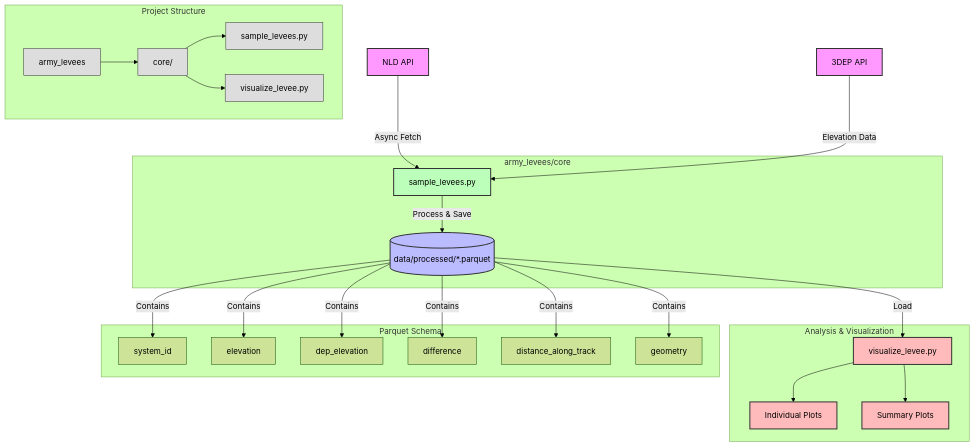
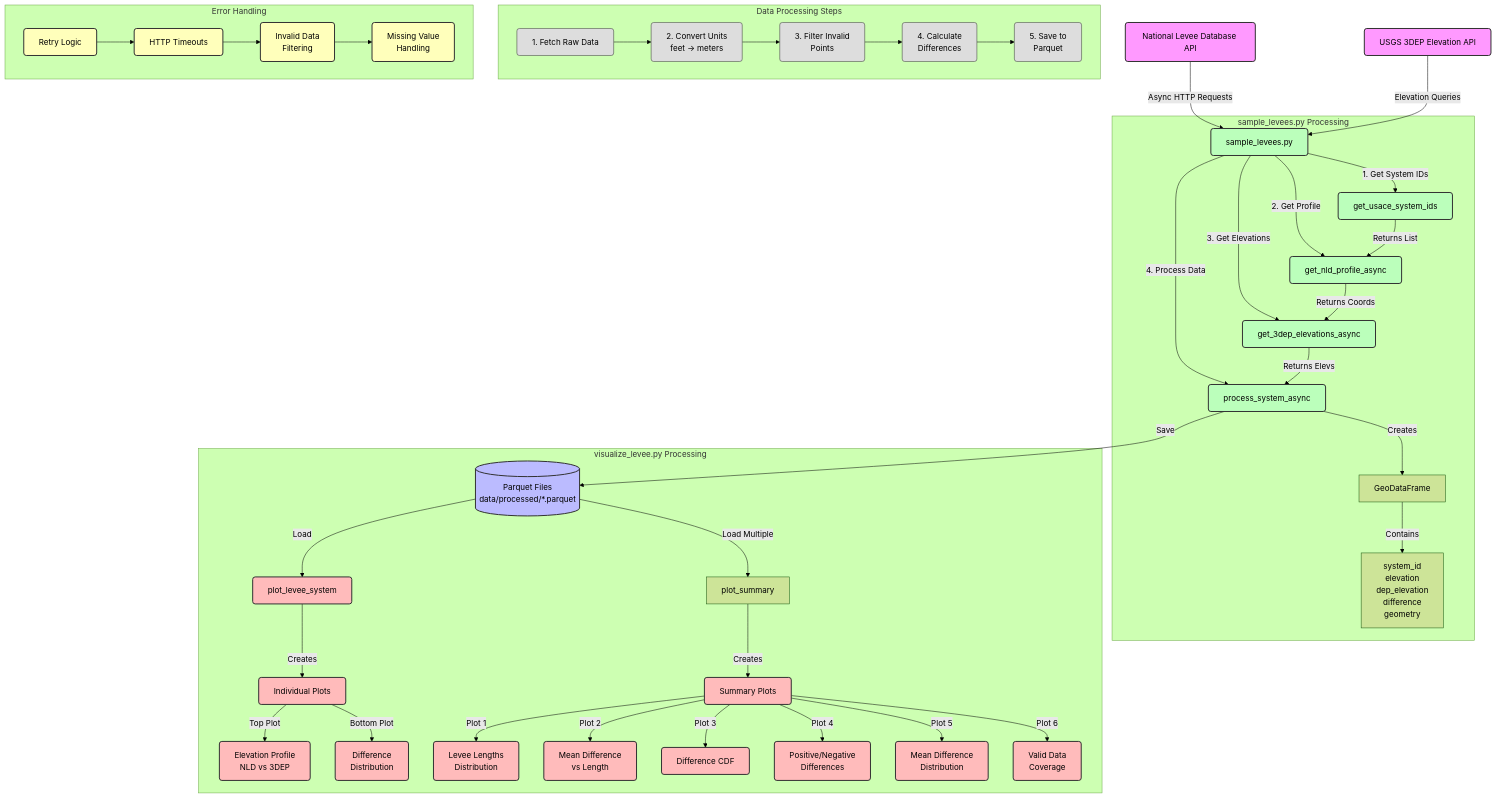
One commit to jameshgrn/army_levees changed the diagram in README.md. Above: the diagram before and after it, drawn with Mermaid (forest theme).

Commit message:
docs: update system architecture diagram

````diff
--- a/README.md
+++ b/README.md
@@ -14,49 +14,74 @@
 ```mermaid
 graph TD
-    %% Data Sources & API Handling
-    A[NLD API] -->|Async Fetch| B[sample_levees.py]
-    D[3DEP API] -->|Elevation Data| B
+    %% Data Sources
+    A[National Levee Database API] -->|Async HTTP Requests| B[sample_levees.py]
+    D[USGS 3DEP Elevation API] -->|Elevation Queries| B
 
-    %% Core Processing Pipeline
-    subgraph Core Processing [army_levees/core]
-        B -->|Process & Save| I[(data/processed/*.parquet)]
+    %% Core Processing Details
+    subgraph "sample_levees.py Processing"
+        B -->|1. Get System IDs| E[get_usace_system_ids]
+        B -->|2. Get Profile| F[get_nld_profile_async]
+        B -->|3. Get Elevations| G[get_3dep_elevations_async]
+        B -->|4. Process Data| H[process_system_async]
+
+        E -->|Returns List| F
+        F -->|Returns Coords| G
+        G -->|Returns Elevs| H
+
+        H -->|Creates| H1[GeoDataFrame]
+        H1 -->|Contains| H2[system_id<br/>elevation<br/>dep_elevation<br/>difference<br/>geometry]
     end
 
-    %% Analysis & Visualization
-    subgraph Analysis & Visualization
-        I -->|Load| J[visualize_levee.py]
-        J --> K[Individual Plots]
-        J --> L[Summary Plots]
+    %% Data Storage
+    H -->|Save| I[(Parquet Files<br/>data/processed/*.parquet)]
+
+    %% Visualization Pipeline
+    subgraph "visualize_levee.py Processing"
+        I -->|Load| J[plot_levee_system]
+        I -->|Load Multiple| S[plot_summary]
+
+        J -->|Creates| K[Individual Plots]
+        K -->|Top Plot| K1[Elevation Profile<br/>NLD vs 3DEP]
+        K -->|Bottom Plot| K2[Difference<br/>Distribution]
+
+        S -->|Creates| L[Summary Plots]
+        L -->|Plot 1| L1[Levee Lengths<br/>Distribution]
+        L -->|Plot 2| L2[Mean Difference<br/>vs Length]
+        L -->|Plot 3| L3[Difference CDF]
+        L -->|Plot 4| L4[Positive/Negative<br/>Differences]
+        L -->|Plot 5| L5[Mean Difference<br/>Distribution]
+        L -->|Plot 6| L6[Valid Data<br/>Coverage]
     end
 
-    %% Data Schema
-    subgraph Parquet Schema
-        I --> |Contains| M[system_id]
-        I --> |Contains| N[elevation]
-        I --> |Contains| O[dep_elevation]
-        I --> |Contains| P[difference]
-        I --> |Contains| Q[distance_along_track]
-        I --> |Contains| R[geometry]
+    %% Data Flow Details
+    subgraph "Data Processing Steps"
+        direction LR
+        Z1[1. Fetch Raw Data] --> Z2[2. Convert Units<br/>feet → meters]
+        Z2 --> Z3[3. Filter Invalid<br/>Points]
+        Z3 --> Z4[4. Calculate<br/>Differences]
+        Z4 --> Z5[5. Save to<br/>Parquet]
     end
 
-    %% Module Organization
-    subgraph Project Structure
-        S[army_levees]
-        S --> T[core/]
-        T --> U[sample_levees.py]
-        T --> V[visualize_levee.py]
+    %% Error Handling
+    subgraph "Error Handling"
+        Y1[Retry Logic] --> Y2[HTTP Timeouts]
+        Y2 --> Y3[Invalid Data<br/>Filtering]
+        Y3 --> Y4[Missing Value<br/>Handling]
     end
 
-    %% Style
-    classDef api fill:#f9f,stroke:#333,stroke-width:2px
-    classDef core fill:#bfb,stroke:#333,stroke-width:2px
-    classDef storage fill:#bbf,stroke:#333,stroke-width:2px
-    classDef analysis fill:#fbb,stroke:#333,stroke-width:2px
-    classDef structure fill:#ddd,stroke:#333,stroke-width:1px
+    %% Style Definitions
+    classDef api fill:#f9f,stroke:#333,stroke-width:2px,rx:5px
+    classDef process fill:#bfb,stroke:#333,stroke-width:2px,rx:5px
+    classDef storage fill:#bbf,stroke:#333,stroke-width:2px,rx:5px
+    classDef viz fill:#fbb,stroke:#333,stroke-width:2px,rx:5px
+    classDef error fill:#ffb,stroke:#333,stroke-width:2px,rx:5px
+    classDef step fill:#ddd,stroke:#333,stroke-width:1px,rx:5px
 
+    %% Apply Styles
     class A,D api
-    class B core
+    class B,E,F,G,H process
     class I storage
-    class J,K,L analysis
-    class S,T,U,V structure
+    class J,K,L,K1,K2,L1,L2,L3,L4,L5,L6 viz
+    class Y1,Y2,Y3,Y4 error
+    class Z1,Z2,Z3,Z4,Z5 step
 ```
````
